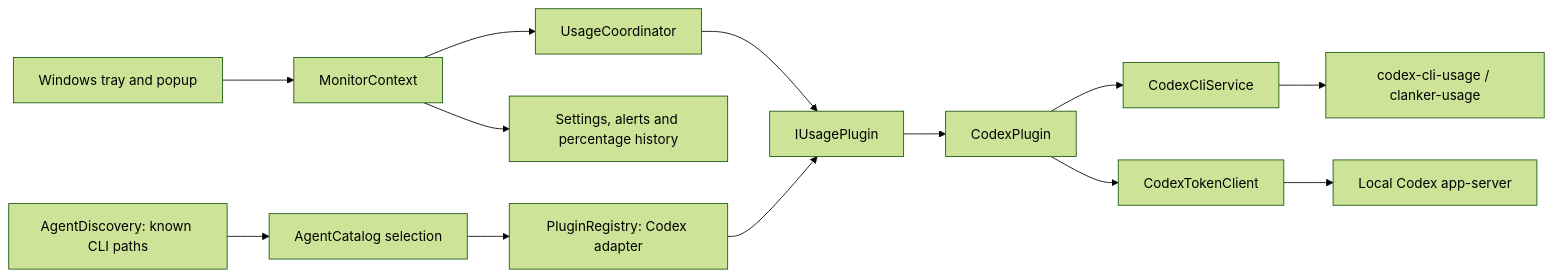
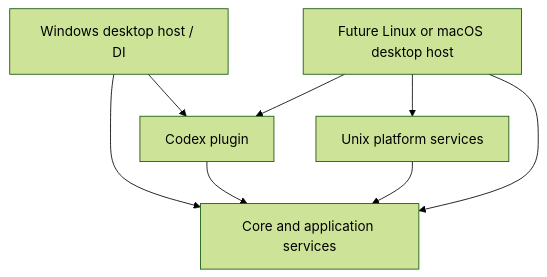
Before and after one commit to ppotepa/codex-monitor: the diagram in docs/ARCHITECTURE.md, drawn with Mermaid (forest theme). The commit also changed other lines of this file and 62 other files, not shown here.

Commit message:
Refactor Codex Monitor into cross-platform core, DI plugin and platform hosts

````diff
--- a/docs/ARCHITECTURE.md
+++ b/docs/ARCHITECTURE.md
@@ -5,15 +17,10 @@
 ```mermaid
-flowchart LR
-    UI[Windows tray and popup] --> Shell[MonitorContext]
-    Shell --> Coordinator[UsageCoordinator]
-    Coordinator --> Contract[IUsagePlugin]
-    Registry[PluginRegistry: Codex adapter] --> Contract
-    Discovery[AgentDiscovery: known CLI paths] --> Selection[AgentCatalog selection]
-    Selection --> Registry
-    Contract --> Codex[CodexPlugin]
-    Codex --> Limits[CodexCliService]
-    Codex --> Tokens[CodexTokenClient]
-    Limits --> UsageCLI[codex-cli-usage / clanker-usage]
-    Tokens --> Server[Local Codex app-server]
-    Shell --> Storage[Settings, alerts and percentage history]
+flowchart TB
+    Windows[Windows desktop host / DI] --> Core[Core and application services]
+    Windows --> Codex[Codex plugin]
+    Codex --> Core
+    Unix[Unix platform services] --> Core
+    Host[Future Linux or macOS desktop host] --> Unix
+    Host --> Codex
+    Host --> Core
 ```
````
